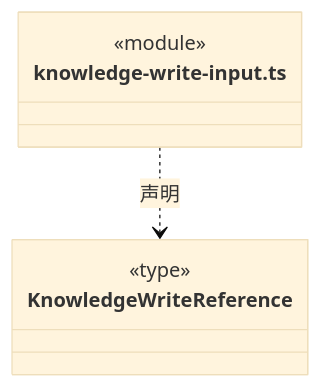
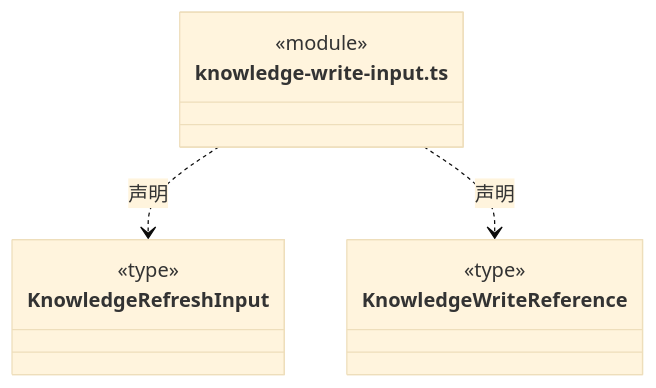
The fourth of 32 diagrams in src/backend/core/knowledge/ARCHITECTURE.md (nan023062/cbim), drawn with Mermaid (base theme) before and after one commit. The commit also changed other lines of this file and 36 other files, not shown here.

````diff
--- a/src/backend/core/knowledge/ARCHITECTURE.md
+++ b/src/backend/core/knowledge/ARCHITECTURE.md
@@ -82,11 +83,16 @@
 ```mermaid
 classDiagram
 class N_src_backend_core_knowledge_knowledge_write_input_ts["knowledge-write-input.ts"] {
   <<module>>
 }
+class N_src_backend_core_knowledge_knowledge_write_input_ts_KnowledgeRefreshInput["KnowledgeRefreshInput"] {
+  <<type>>
+
+}
+N_src_backend_core_knowledge_knowledge_write_input_ts ..> N_src_backend_core_knowledge_knowledge_write_input_ts_KnowledgeRefreshInput : 声明
 class N_src_backend_core_knowledge_knowledge_write_input_ts_KnowledgeWriteReference["KnowledgeWriteReference"] {
   <<type>>
 
 }
 N_src_backend_core_knowledge_knowledge_write_input_ts ..> N_src_backend_core_knowledge_knowledge_write_input_ts_KnowledgeWriteReference : 声明
 ```
````
